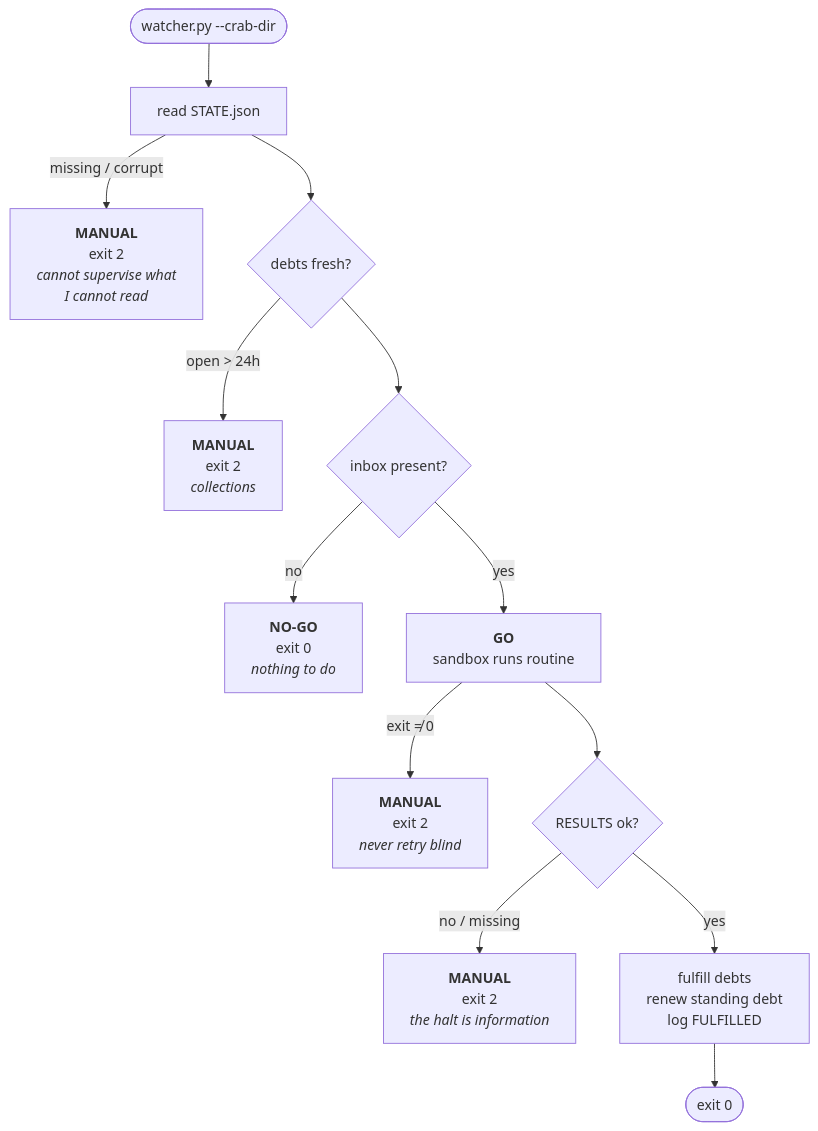
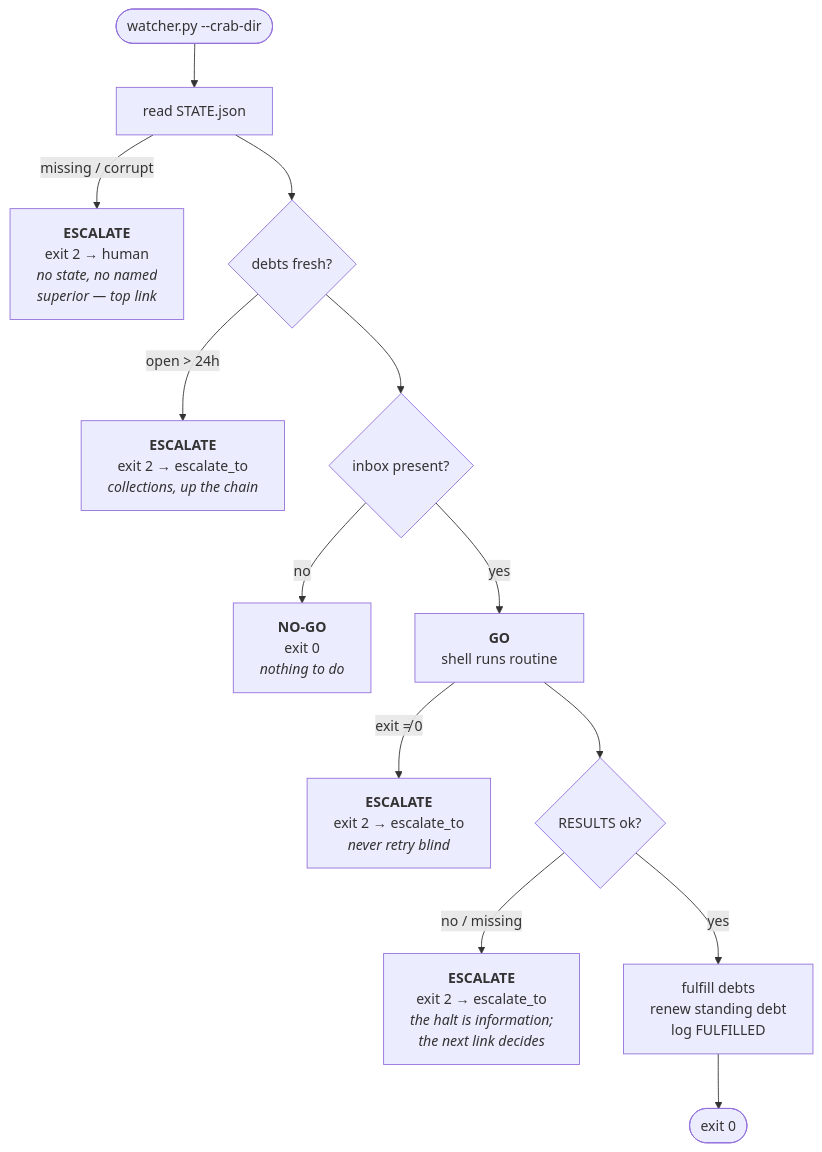
The diagram in docs/03-being-the-watcher.md (SuperInstance/crab-cell), drawn with Mermaid before and after one commit. The commit also changed other lines of this file and 12 other files, not shown here.

First line of the commit message:
the chain, not the human: ESCALATE replaces MANUAL

````diff
--- a/docs/03-being-the-watcher.md
+++ b/docs/03-being-the-watcher.md
@@ -23,15 +24,15 @@
 ```mermaid
 flowchart TD
     Start(["watcher.py --crab-dir"]) --> Read["read STATE.json"]
-    Read -->|"missing / corrupt"| M1["<b>MANUAL</b><br/>exit 2<br/><i>cannot supervise what<br/>I cannot read</i>"]
+    Read -->|"missing / corrupt"| E1["<b>ESCALATE</b><br/>exit 2 → human<br/><i>no state, no named<br/>superior — top link</i>"]
     Read --> Debts{"debts fresh?"}
-    Debts -->|"open > 24h"| M2["<b>MANUAL</b><br/>exit 2<br/><i>collections</i>"]
+    Debts -->|"open > 24h"| E2["<b>ESCALATE</b><br/>exit 2 → escalate_to<br/><i>collections, up the chain</i>"]
     Debts --> Inbox{"inbox present?"}
     Inbox -->|"no"| NG["<b>NO-GO</b><br/>exit 0<br/><i>nothing to do</i>"]
-    Inbox -->|"yes"| GO["<b>GO</b><br/>sandbox runs routine"]
-    GO -->|"exit ≠ 0"| M3["<b>MANUAL</b><br/>exit 2<br/><i>never retry blind</i>"]
+    Inbox -->|"yes"| GO["<b>GO</b><br/>shell runs routine"]
+    GO -->|"exit ≠ 0"| E3["<b>ESCALATE</b><br/>exit 2 → escalate_to<br/><i>never retry blind</i>"]
     GO --> Account{"RESULTS ok?"}
-    Account -->|"no / missing"| M4["<b>MANUAL</b><br/>exit 2<br/><i>the halt is information</i>"]
+    Account -->|"no / missing"| E4["<b>ESCALATE</b><br/>exit 2 → escalate_to<br/><i>the halt is information;<br/>the next link decides</i>"]
     Account -->|"yes"| Fulfill["fulfill debts<br/>renew standing debt<br/>log FULFILLED"]
     Fulfill --> Done(["exit 0"])
 ```
````
